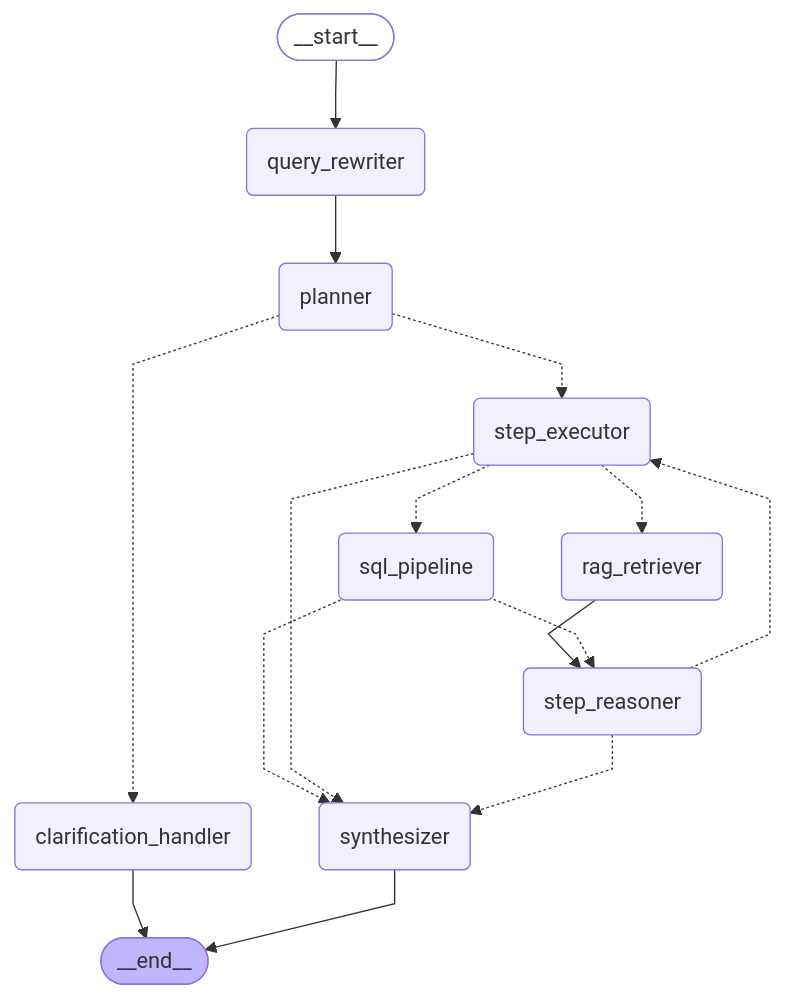
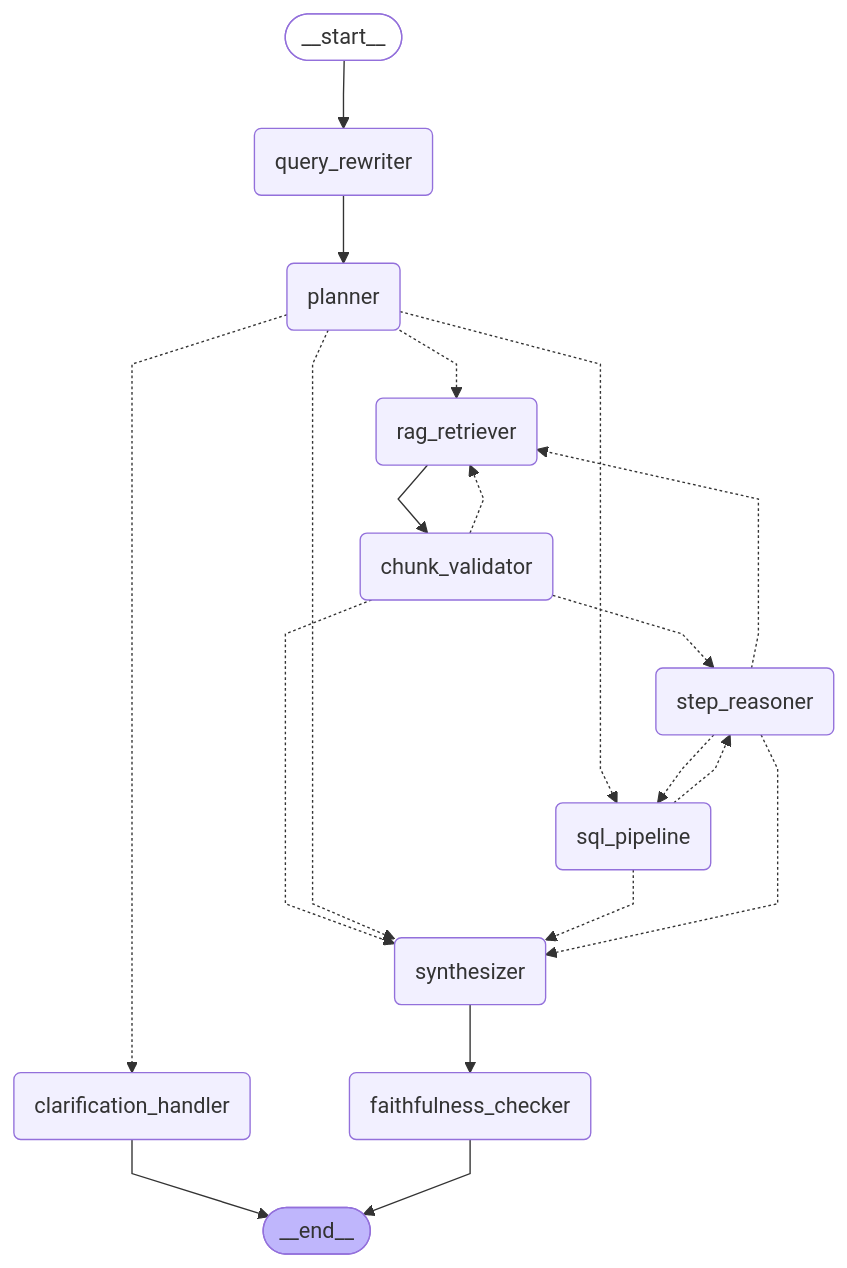
Before and after one commit to kaylanamira/itb-portofolio-agent: the diagram in diagram/portfolio_graph.mermaid, drawn with Mermaid. The commit also changed 25 other files, not shown here.

Commit message:
feat: refine rag pipeline, implement true BM25 and exact RAG_MEMORY.md pipeline flow

```diff
--- a/diagram/portfolio_graph.mermaid
+++ b/diagram/portfolio_graph.mermaid
@@ -1,33 +1,38 @@
 ---
 config:
   flowchart:
     curve: linear
 ---
 graph TD;
 	__start__([<p>__start__</p>]):::first
 	query_rewriter(query_rewriter)
 	planner(planner)
-	step_executor(step_executor)
 	sql_pipeline(sql_pipeline)
 	rag_retriever(rag_retriever)
+	chunk_validator(chunk_validator)
 	step_reasoner(step_reasoner)
 	synthesizer(synthesizer)
+	faithfulness_checker(faithfulness_checker)
 	clarification_handler(clarification_handler)
 	__end__([<p>__end__</p>]):::last
 	__start__ --> query_rewriter;
+	chunk_validator -.-> rag_retriever;
+	chunk_validator -.-> step_reasoner;
+	chunk_validator -.-> synthesizer;
 	planner -.-> clarification_handler;
-	planner -.-> step_executor;
+	planner -.-> rag_retriever;
+	planner -.-> sql_pipeline;
+	planner -.-> synthesizer;
 	query_rewriter --> planner;
-	rag_retriever --> step_reasoner;
+	rag_retriever --> chunk_validator;
 	sql_pipeline -.-> step_reasoner;
 	sql_pipeline -.-> synthesizer;
-	step_executor -.-> rag_retriever;
-	step_executor -.-> sql_pipeline;
-	step_executor -.-> synthesizer;
-	step_reasoner -.-> step_executor;
+	step_reasoner -.-> rag_retriever;
+	step_reasoner -.-> sql_pipeline;
 	step_reasoner -.-> synthesizer;
+	synthesizer --> faithfulness_checker;
 	clarification_handler --> __end__;
-	synthesizer --> __end__;
+	faithfulness_checker --> __end__;
 	classDef default fill:#f2f0ff,line-height:1.2
 	classDef first fill-opacity:0
 	classDef last fill:#bfb6fc
```
